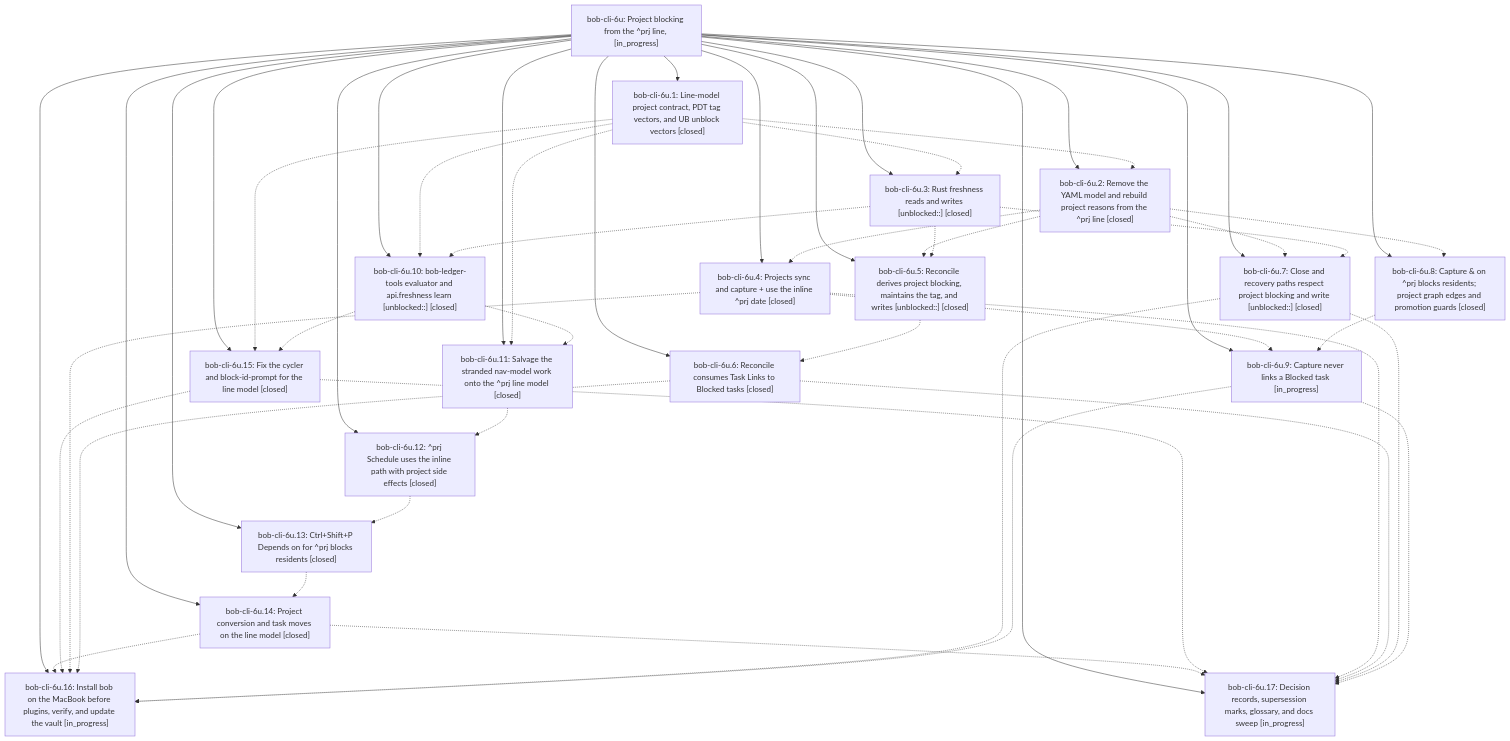
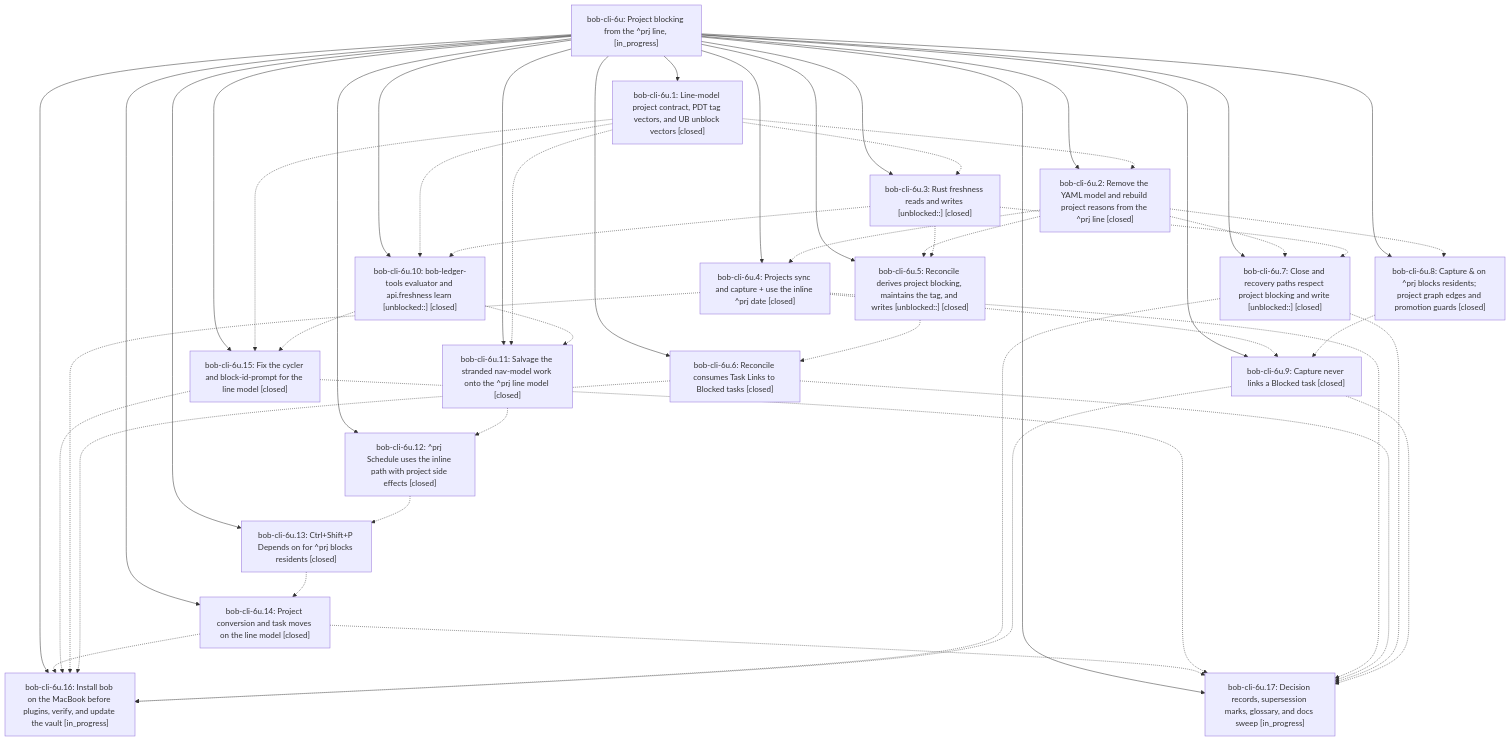
The diagram in pages/bob-cli-6u/README.md (bobs-org/bob-cli--beads), drawn with Mermaid before and after one commit. The commit also changed other lines of this file and 11 other files, not shown here.

First line of the commit message:
chore(beads): sync bead state and pages for bob-cli-6u

````diff
--- a/pages/bob-cli-6u/README.md
+++ b/pages/bob-cli-6u/README.md
@@ -61,70 +61,70 @@
 ```mermaid
 flowchart TD
     n0["bob-cli-6u: Project blocking from the ^prj line, [in_progress]"]
     n1["bob-cli-6u.1: Line-model project contract, PDT tag vectors, and UB unblock vectors [closed]"]
     n2["bob-cli-6u.10: bob-ledger-tools evaluator and api.freshness learn [unblocked::] [closed]"]
     n3["bob-cli-6u.11: Salvage the stranded nav-model work onto the ^prj line model [closed]"]
     n4["bob-cli-6u.12: ^prj Schedule uses the inline path with project side effects [closed]"]
     n5["bob-cli-6u.13: Ctrl+Shift+P Depends on for ^prj blocks residents [closed]"]
     n6["bob-cli-6u.14: Project conversion and task moves on the line model [closed]"]
     n7["bob-cli-6u.15: Fix the cycler and block-id-prompt for the line model [closed]"]
     n8["bob-cli-6u.16: Install bob on the MacBook before plugins, verify, and update the vault [in_progress]"]
     n9["bob-cli-6u.17: Decision records, supersession marks, glossary, and docs sweep [in_progress]"]
     n10["bob-cli-6u.2: Remove the YAML model and rebuild project reasons from the ^prj line [closed]"]
     n11["bob-cli-6u.3: Rust freshness reads and writes [unblocked::] [closed]"]
     n12["bob-cli-6u.4: Projects sync and capture + use the inline ^prj date [closed]"]
     n13["bob-cli-6u.5: Reconcile derives project blocking, maintains the tag, and writes [unblocked::] [closed]"]
     n14["bob-cli-6u.6: Reconcile consumes Task Links to Blocked tasks [closed]"]
     n15["bob-cli-6u.7: Close and recovery paths respect project blocking and write [unblocked::] [closed]"]
     n16["bob-cli-6u.8: Capture & on ^prj blocks residents; project graph edges and promotion guards [closed]"]
-    n17["bob-cli-6u.9: Capture never links a Blocked task [in_progress]"]
+    n17["bob-cli-6u.9: Capture never links a Blocked task [closed]"]
     n0 --> n1
     n0 --> n2
     n0 --> n3
     n0 --> n4
     n0 --> n5
     n0 --> n6
     n0 --> n7
     n0 --> n8
     n0 --> n9
     n0 --> n10
     n0 --> n11
     n0 --> n12
     n0 --> n13
     n0 --> n14
     n0 --> n15
     n0 --> n16
     n0 --> n17
     n1 -.-> n2
     n1 -.-> n3
     n1 -.-> n7
     n1 -.-> n10
     n1 -.-> n11
     n2 -.-> n3
     n2 -.-> n7
     n3 -.-> n4
     n4 -.-> n5
     n5 -.-> n6
     n6 -.-> n8
     n6 -.-> n9
     n7 -.-> n8
     n7 -.-> n9
     n10 -.-> n12
     n10 -.-> n13
     n10 -.-> n15
     n10 -.-> n16
     n11 -.-> n2
     n11 -.-> n13
     n11 -.-> n15
     n12 -.-> n8
     n12 -.-> n9
     n12 -.-> n17
     n13 -.-> n14
     n14 -.-> n8
     n14 -.-> n9
     n15 -.-> n8
     n15 -.-> n9
     n16 -.-> n17
     n17 -.-> n8
     n17 -.-> n9
 ```
````
